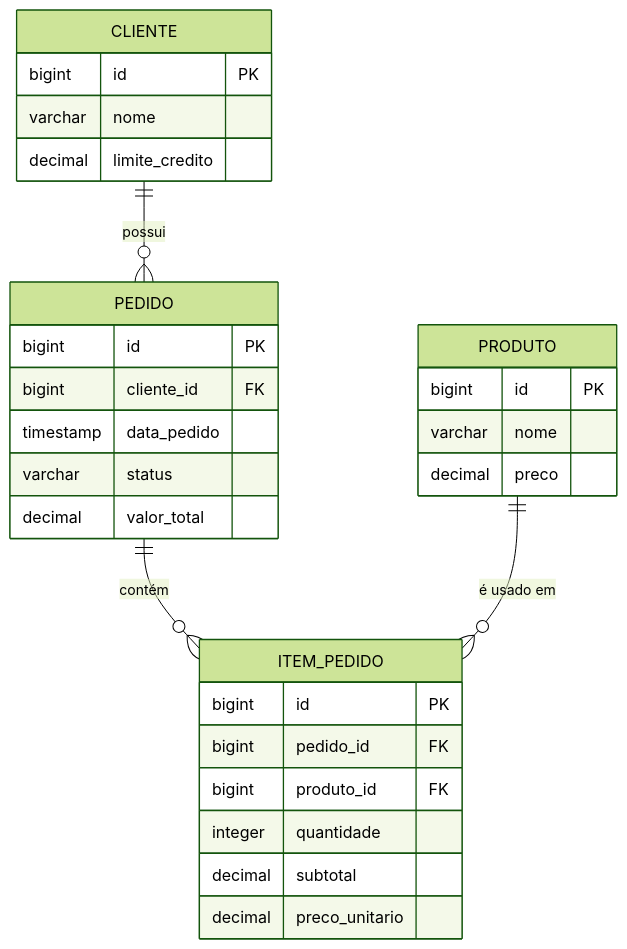
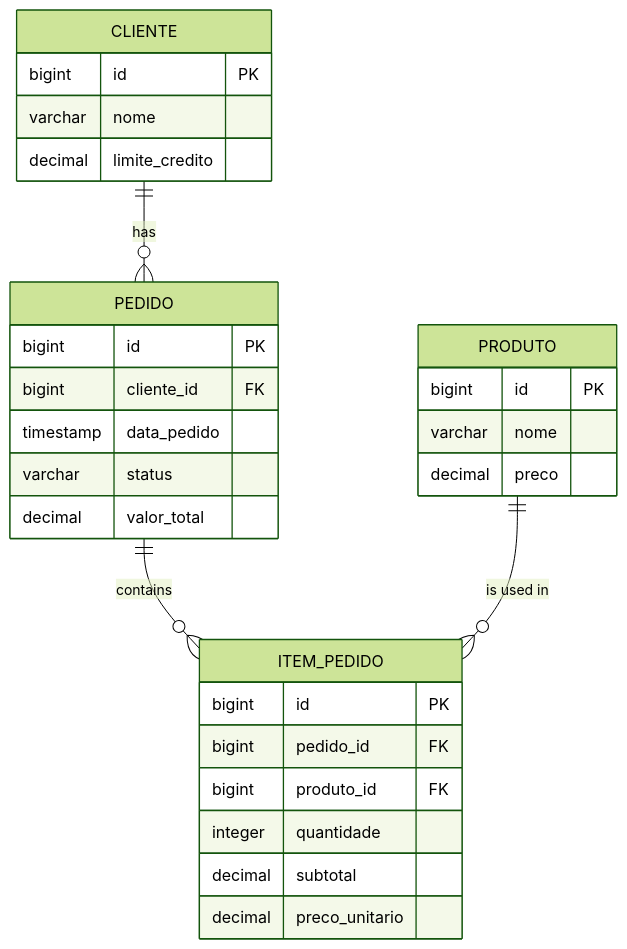
One commit to gavmen/Orders_Management_System-TechnoSoftware changed the diagram in docs/ER_DIAGRAM.md. Above: the diagram before and after it, drawn with Mermaid (forest theme). The commit also changed other lines of this file and 5 other files, not shown here.

````diff
--- a/docs/ER_DIAGRAM.md
+++ b/docs/ER_DIAGRAM.md
@@ -5,35 +5,35 @@
 ```mermaid
 erDiagram
     CLIENTE {
         bigint id PK
         varchar nome
         decimal limite_credito
     }
     
     PRODUTO {
         bigint id PK
         varchar nome
         decimal preco
     }
     
     PEDIDO {
         bigint id PK
         bigint cliente_id FK
         timestamp data_pedido
         varchar status
         decimal valor_total
     }
     
     ITEM_PEDIDO {
         bigint id PK
         bigint pedido_id FK
         bigint produto_id FK
         integer quantidade
         decimal subtotal
         decimal preco_unitario
     }
 
-    CLIENTE ||--o{ PEDIDO : "possui"
-    PEDIDO ||--o{ ITEM_PEDIDO : "contém"
-    PRODUTO ||--o{ ITEM_PEDIDO : "é usado em"
+    CLIENTE ||--o{ PEDIDO : "has"
+    PEDIDO ||--o{ ITEM_PEDIDO : "contains"
+    PRODUTO ||--o{ ITEM_PEDIDO : "is used in"
 ```
````
